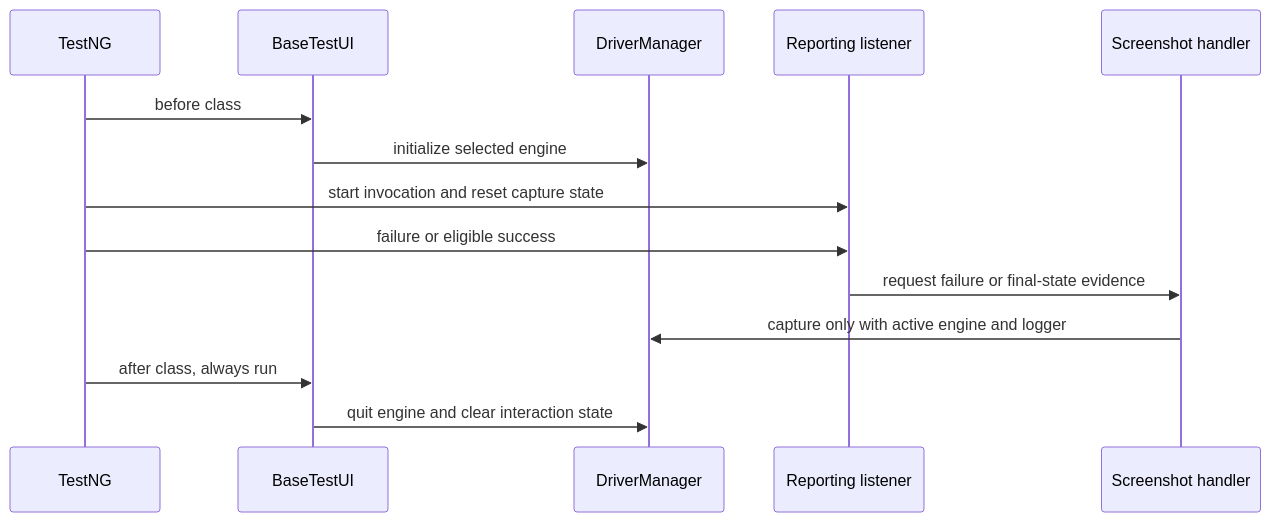
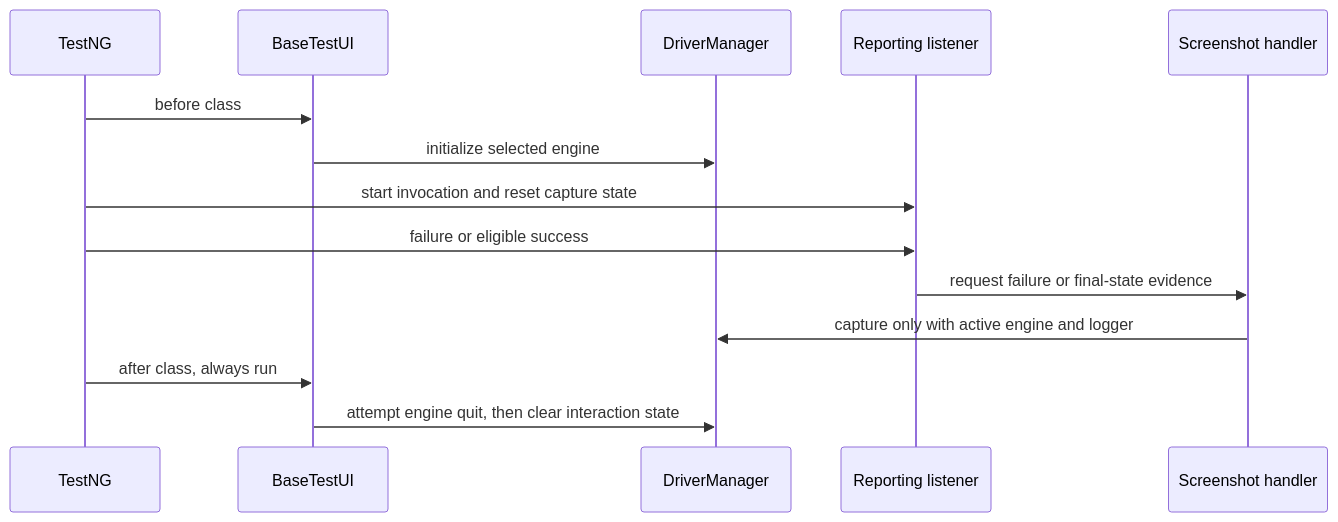
One commit to crististefanita/ATF_AI changed the fifth of 7 diagrams in docs/Living_Architecture_UI_API_doc_v1_0.md. Above: the diagram before and after it, drawn with Mermaid. The commit also changed other lines of this file and 18 other files, not shown here.

````diff
--- a/docs/Living_Architecture_UI_API_doc_v1_0.md
+++ b/docs/Living_Architecture_UI_API_doc_v1_0.md
@@ -442,16 +442,16 @@
 ```mermaid
 sequenceDiagram
     participant TestNG
     participant Base as BaseTestUI
     participant Driver as DriverManager
     participant Listener as Reporting listener
     participant Capture as Screenshot handler
     TestNG->>Base: before class
     Base->>Driver: initialize selected engine
     TestNG->>Listener: start invocation and reset capture state
     TestNG->>Listener: failure or eligible success
     Listener->>Capture: request failure or final-state evidence
     Capture->>Driver: capture only with active engine and logger
     TestNG->>Base: after class, always run
-    Base->>Driver: quit engine and clear interaction state
+    Base->>Driver: attempt engine quit, then clear interaction state
 ```
````
